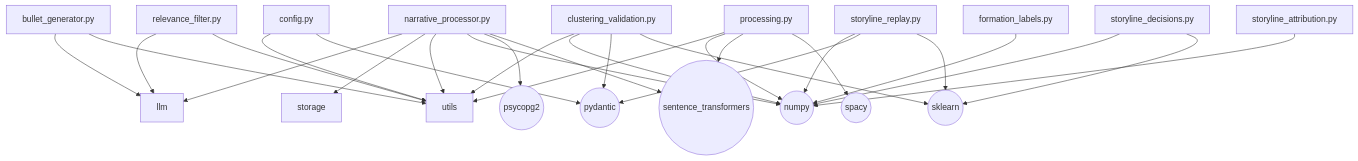
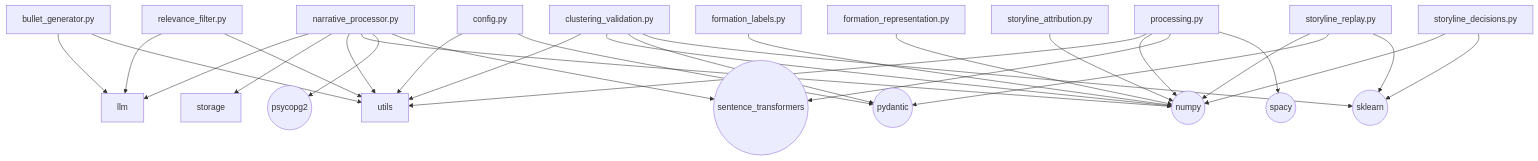
The fourth of 6 diagrams in docs/generated/imports.md (TommasoFazzi/MACROINTEL), drawn with Mermaid before and after one commit.

Commit message:
docs(auto): update Python import graph [skip ci]

````diff
--- a/docs/generated/imports.md
+++ b/docs/generated/imports.md
@@ -202,47 +202,49 @@
 ```mermaid
 flowchart TD
     bullet_generator["bullet_generator.py"]
     clustering_validation["clustering_validation.py"]
     config["config.py"]
     formation_labels["formation_labels.py"]
+    formation_representation["formation_representation.py"]
     narrative_processor["narrative_processor.py"]
     processing["processing.py"]
     relevance_filter["relevance_filter.py"]
     storyline_attribution["storyline_attribution.py"]
     storyline_decisions["storyline_decisions.py"]
     storyline_replay["storyline_replay.py"]
     EXT_numpy(("numpy"))
     EXT_psycopg2(("psycopg2"))
     EXT_pydantic(("pydantic"))
     EXT_sentence_transformers(("sentence_transformers"))
     EXT_sklearn(("sklearn"))
     EXT_spacy(("spacy"))
 
     bullet_generator --> llm
     bullet_generator --> utils
     clustering_validation --> utils
     config --> utils
     narrative_processor --> llm
     narrative_processor --> storage
     narrative_processor --> utils
     processing --> utils
     relevance_filter --> llm
     relevance_filter --> utils
     clustering_validation --> EXT_numpy
     clustering_validation --> EXT_pydantic
     clustering_validation --> EXT_sklearn
     config --> EXT_pydantic
     formation_labels --> EXT_numpy
+    formation_representation --> EXT_numpy
     narrative_processor --> EXT_numpy
     narrative_processor --> EXT_psycopg2
     narrative_processor --> EXT_sentence_transformers
     processing --> EXT_numpy
     processing --> EXT_sentence_transformers
     processing --> EXT_spacy
     storyline_attribution --> EXT_numpy
     storyline_decisions --> EXT_numpy
     storyline_decisions --> EXT_sklearn
     storyline_replay --> EXT_numpy
     storyline_replay --> EXT_pydantic
     storyline_replay --> EXT_sklearn
 ```
````
